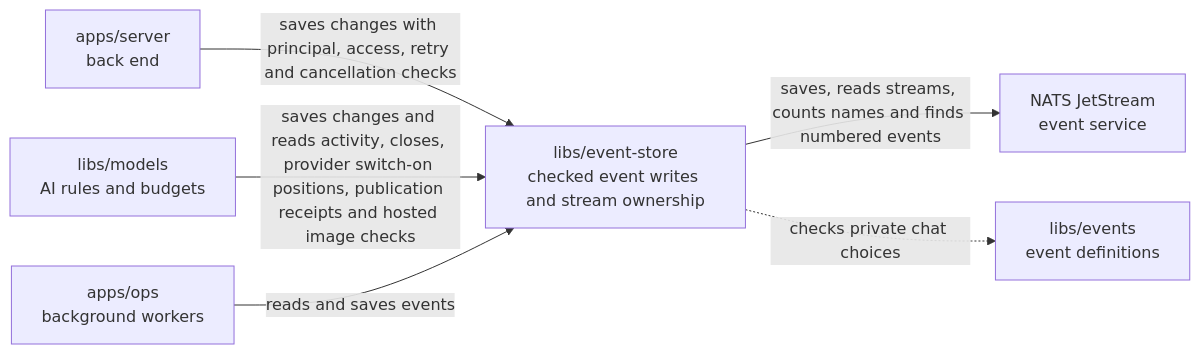
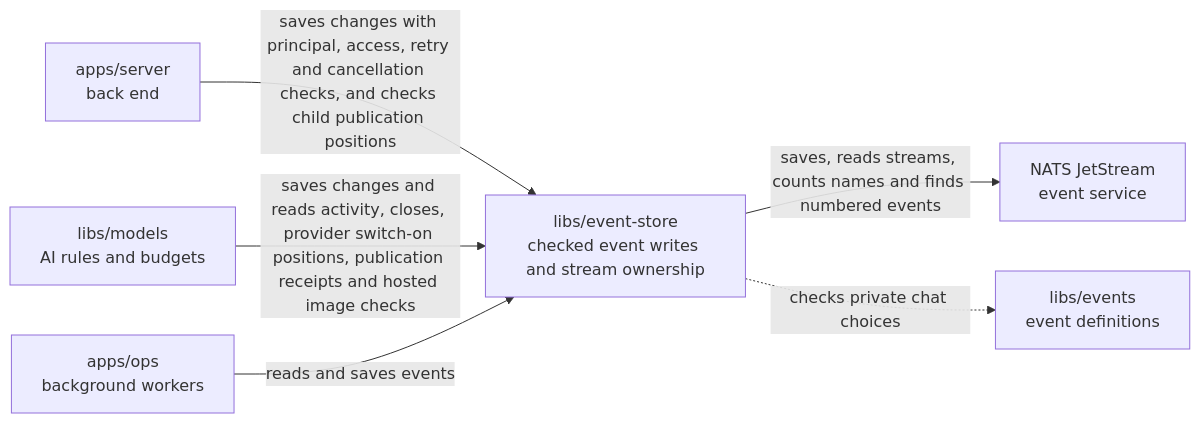
One commit to elewa-git/opencrane-new changed the diagram in libs/event-store/README.md. Above: the diagram before and after it, drawn with Mermaid. The commit also changed other lines of this file and 7 other files, not shown here.

````diff
--- a/libs/event-store/README.md
+++ b/libs/event-store/README.md
@@ -22,8 +22,8 @@
 ```mermaid
 flowchart LR
-  server["apps/server<br/>back end"] -->|saves changes with principal, access, retry and cancellation checks| store["libs/event-store<br/>checked event writes and stream ownership"]
+  server["apps/server<br/>back end"] -->|saves changes with principal, access, retry and cancellation checks, and checks child publication positions| store["libs/event-store<br/>checked event writes and stream ownership"]
   models["libs/models<br/>AI rules and budgets"] -->|saves changes and reads activity, closes, provider switch-on positions, publication receipts and hosted image checks| store
   ops["apps/ops<br/>background workers"] -->|reads and saves events| store
   store -->|saves, reads streams, counts names and finds numbered events| nats["NATS JetStream<br/>event service"]
   store -.->|checks private chat choices| events["libs/events<br/>event definitions"]
 ```
````
